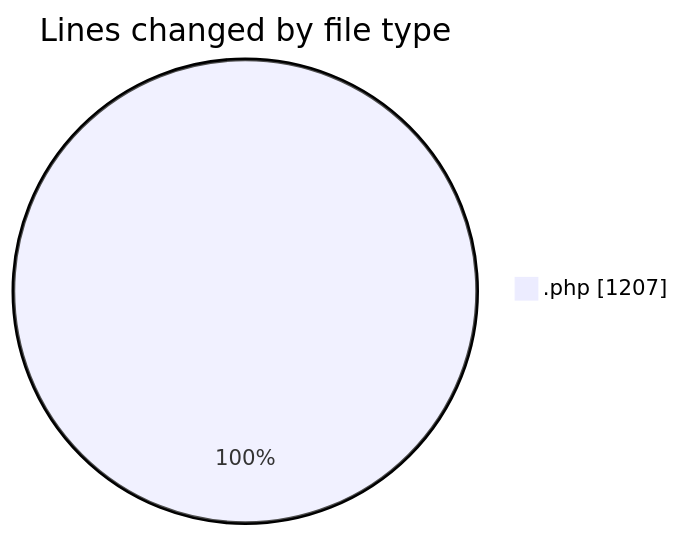
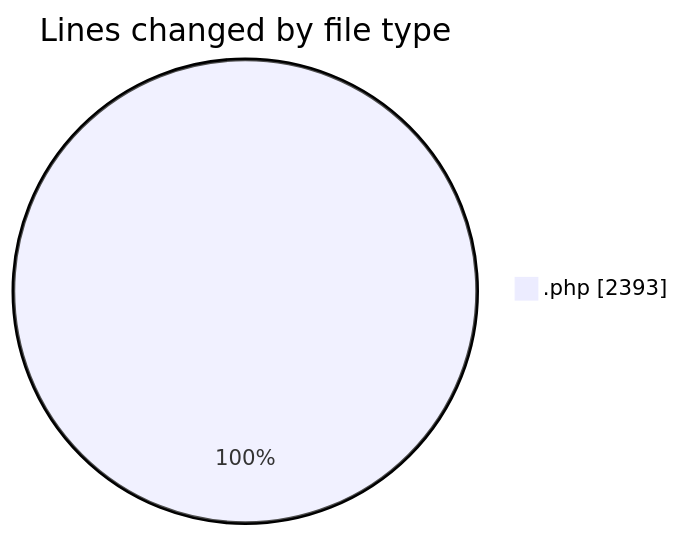
Before and after one commit to debugP/code-tracking: the first of 2 diagrams in 2025-10-20/untitled__workspace_/README.md, drawn with Mermaid. The commit also changed other lines of this file and 1 other file, not shown here.

````diff
--- a/2025-10-20/untitled__workspace_/README.md
+++ b/2025-10-20/untitled__workspace_/README.md
@@ -20,5 +21,5 @@
 ```mermaid
 pie showData
 title Lines changed by file type
-".php" : 1207
+".php" : 2393
 ```
````
